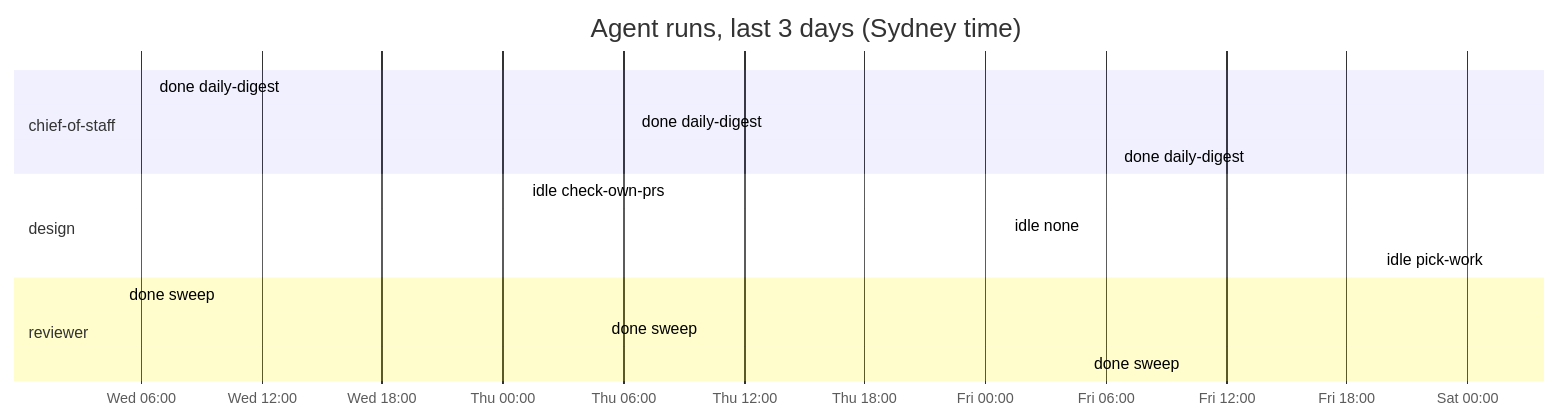
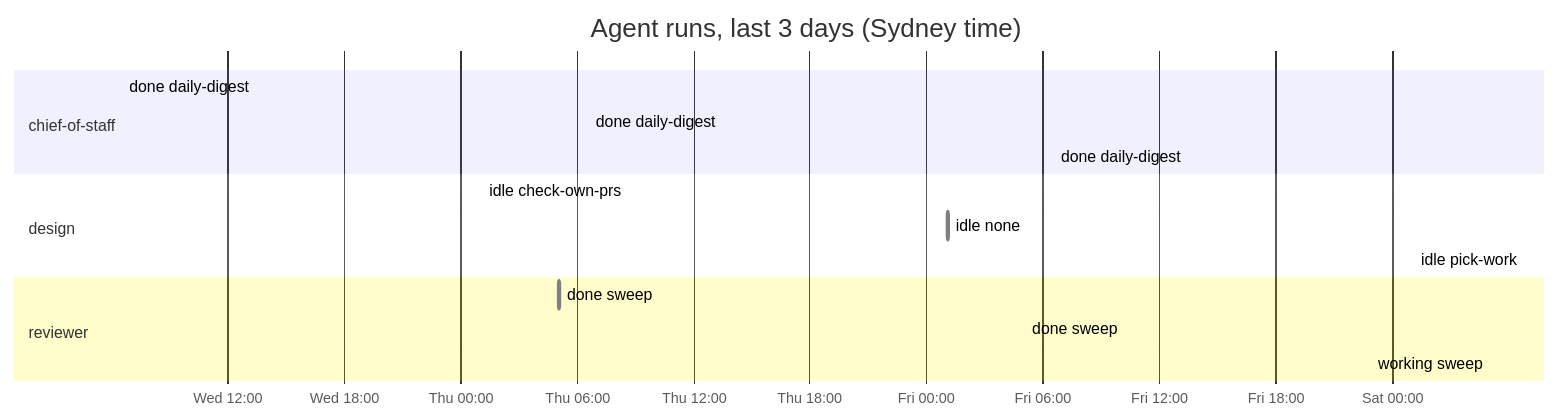
Before and after one commit to roulmediateam-byte/fifteen-expert-hq: the diagram in dashboard.md, drawn with Mermaid. The commit also changed other lines of this file and 1 other file, not shown here.

````diff
--- a/dashboard.md
+++ b/dashboard.md
@@ -55,18 +55,18 @@
 ```mermaid
 gantt
     title Agent runs, last 3 days (Sydney time)
     dateFormat YYYY-MM-DD HH:mm
     axisFormat %a %H:%M
     section chief-of-staff
     done daily-digest :done, 2026-11-25 06:34, 2026-11-25 06:35
     done daily-digest :done, 2026-11-26 06:35, 2026-11-26 06:36
     done daily-digest :done, 2026-11-27 06:35, 2026-11-27 06:36
     section design
     idle check-own-prs :done, 2026-11-26 01:09, 2026-11-26 01:09
     idle none :done, 2026-11-27 01:08, 2026-11-27 01:09
     idle pick-work :done, 2026-11-28 01:09, 2026-11-28 01:09
     section reviewer
-    done sweep :done, 2026-11-25 05:04, 2026-11-25 05:05
     done sweep :done, 2026-11-26 05:05, 2026-11-26 05:06
     done sweep :done, 2026-11-27 05:05, 2026-11-27 05:06
+    working sweep :active, 2026-11-28 05:05, 2026-11-28 05:05
 ```
````
